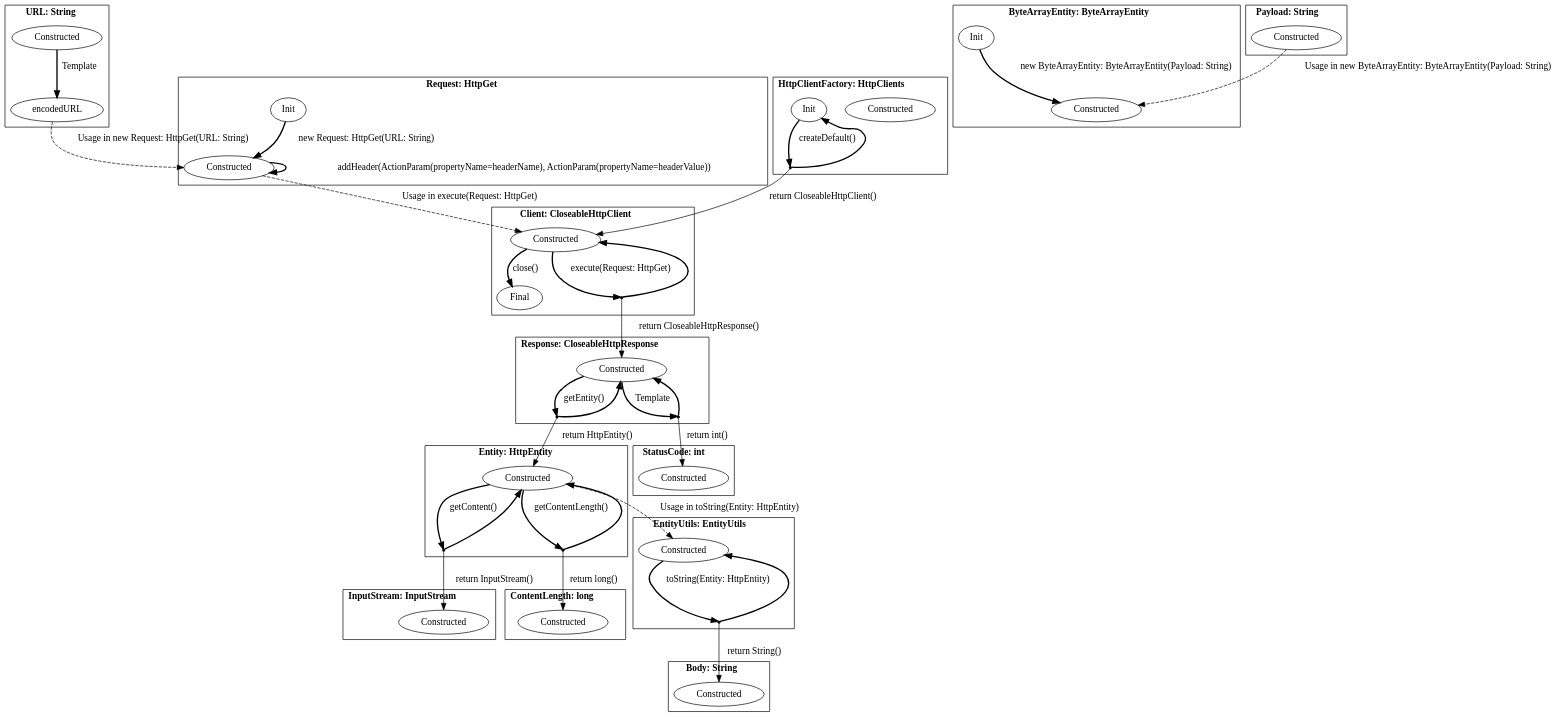
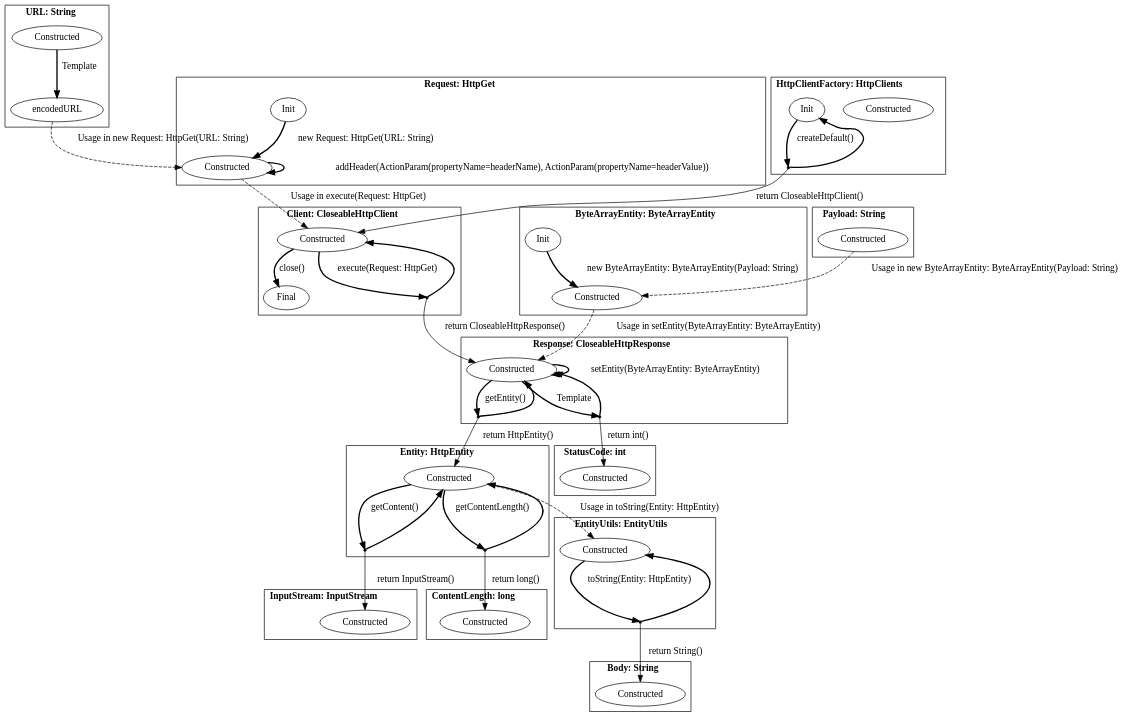
One commit to h31/LibraryMigration changed the diagram in pictures/apache.dot. Above: the diagram before and after it, drawn with Graphviz. The commit also changed 3 other files, not shown here.

```diff
--- a/pictures/apache.dot
+++ b/pictures/apache.dot
@@ -1,97 +1,99 @@
 digraph G {
     bgcolor="transparent";
     subgraph cluster0 {
     label = <<B>URL: String</B>>;
         Constructed_URL [ label="Constructed" ];
         encodedURL_URL [ label="encodedURL" ];
     }
     subgraph cluster1 {
     label = <<B>Request: HttpGet</B>>;
         Constructed_Request [ label="Constructed" ];
         Init_Request [ label="Init" ];
     }
     subgraph cluster2 {
     label = <<B>Client: CloseableHttpClient</B>>;
         Constructed_Client [ label="Constructed" ];
         Final_Client [ label="Final" ];
         virtual0 [ shape = point ];
     }
     subgraph cluster3 {
     label = <<B>Response: CloseableHttpResponse</B>>;
         Constructed_Response [ label="Constructed" ];
         virtual1 [ shape = point ];
         virtual2 [ shape = point ];
     }
     subgraph cluster4 {
     label = <<B>Body: String</B>>;
         Constructed_Body [ label="Constructed" ];
     }
     subgraph cluster5 {
     label = <<B>HttpClientFactory: HttpClients</B>>;
         Constructed_HttpClientFactory [ label="Constructed" ];
         Init_HttpClientFactory [ label="Init" ];
         virtual3 [ shape = point ];
     }
     subgraph cluster6 {
     label = <<B>InputStream: InputStream</B>>;
         Constructed_InputStream [ label="Constructed" ];
     }
     subgraph cluster7 {
     label = <<B>ContentLength: long</B>>;
         Constructed_ContentLength [ label="Constructed" ];
     }
     subgraph cluster8 {
     label = <<B>Entity: HttpEntity</B>>;
         Constructed_Entity [ label="Constructed" ];
         virtual4 [ shape = point ];
         virtual5 [ shape = point ];
     }
     subgraph cluster9 {
     label = <<B>EntityUtils: EntityUtils</B>>;
         Constructed_EntityUtils [ label="Constructed" ];
         virtual6 [ shape = point ];
     }
     subgraph cluster10 {
     label = <<B>StatusCode: int</B>>;
         Constructed_StatusCode [ label="Constructed" ];
     }
     subgraph cluster11 {
     label = <<B>ByteArrayEntity: ByteArrayEntity</B>>;
         Constructed_ByteArrayEntity [ label="Constructed" ];
         Init_ByteArrayEntity [ label="Init" ];
     }
     subgraph cluster12 {
     label = <<B>Payload: String</B>>;
         Constructed_Payload [ label="Constructed" ];
     }
         Constructed_URL -> encodedURL_URL [ label="Template", style = "bold"  ];
         encodedURL_URL -> Constructed_Request [ label="Usage in new Request: HttpGet(URL: String)", style = "dashed"  ];
         Init_Request -> Constructed_Request [ label="new Request: HttpGet(URL: String)", style = "bold"  ];
         Constructed_Request -> Constructed_Request [ label="addHeader(ActionParam(propertyName&#x3D;headerName), ActionParam(propertyName&#x3D;headerValue))", style = "bold"  ];
         Constructed_Request -> Constructed_Client [ label="Usage in execute(Request: HttpGet)", style = "dashed"  ];
         Constructed_Client -> virtual0 [ style = "bold" label="execute(Request: HttpGet)"  ];
         virtual0 -> Constructed_Client [ style = "bold"  ];
         virtual0 -> Constructed_Response [ label="return CloseableHttpResponse()"  ];
         Constructed_Client -> Final_Client [ label="close()", style = "bold"  ];
+        Constructed_Response -> Constructed_Response [ label="setEntity(ByteArrayEntity: ByteArrayEntity)", style = "bold"  ];
         Constructed_Response -> virtual1 [ style = "bold" label="getEntity()"  ];
         virtual1 -> Constructed_Response [ style = "bold"  ];
         virtual1 -> Constructed_Entity [ label="return HttpEntity()"  ];
         Constructed_Response -> virtual2 [ style = "bold" label="Template"  ];
         virtual2 -> Constructed_Response [ style = "bold"  ];
         virtual2 -> Constructed_StatusCode [ label="return int()"  ];
         Init_HttpClientFactory -> virtual3 [ style = "bold" label="createDefault()"  ];
         virtual3 -> Init_HttpClientFactory [ style = "bold"  ];
         virtual3 -> Constructed_Client [ label="return CloseableHttpClient()"  ];
         Constructed_Entity -> Constructed_EntityUtils [ label="Usage in toString(Entity: HttpEntity)", style = "dashed"  ];
         Constructed_Entity -> virtual4 [ style = "bold" label="getContent()"  ];
         virtual4 -> Constructed_Entity [ style = "bold"  ];
         virtual4 -> Constructed_InputStream [ label="return InputStream()"  ];
         Constructed_Entity -> virtual5 [ style = "bold" label="getContentLength()"  ];
         virtual5 -> Constructed_Entity [ style = "bold"  ];
         virtual5 -> Constructed_ContentLength [ label="return long()"  ];
         Constructed_EntityUtils -> virtual6 [ style = "bold" label="toString(Entity: HttpEntity)"  ];
         virtual6 -> Constructed_EntityUtils [ style = "bold"  ];
         virtual6 -> Constructed_Body [ label="return String()"  ];
         Init_ByteArrayEntity -> Constructed_ByteArrayEntity [ label="new ByteArrayEntity: ByteArrayEntity(Payload: String)", style = "bold"  ];
+        Constructed_ByteArrayEntity -> Constructed_Response [ label="Usage in setEntity(ByteArrayEntity: ByteArrayEntity)", style = "dashed"  ];
         Constructed_Payload -> Constructed_ByteArrayEntity [ label="Usage in new ByteArrayEntity: ByteArrayEntity(Payload: String)", style = "dashed"  ];
 }
```
